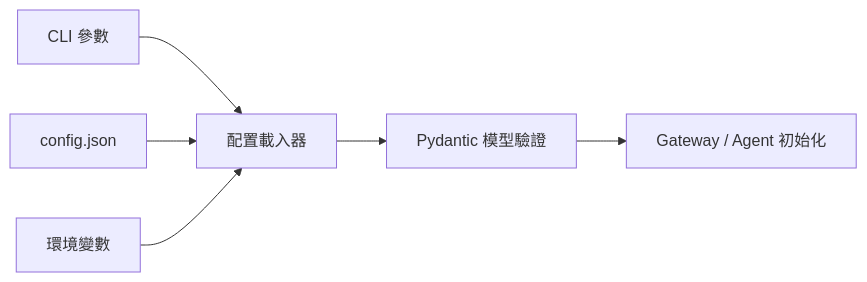
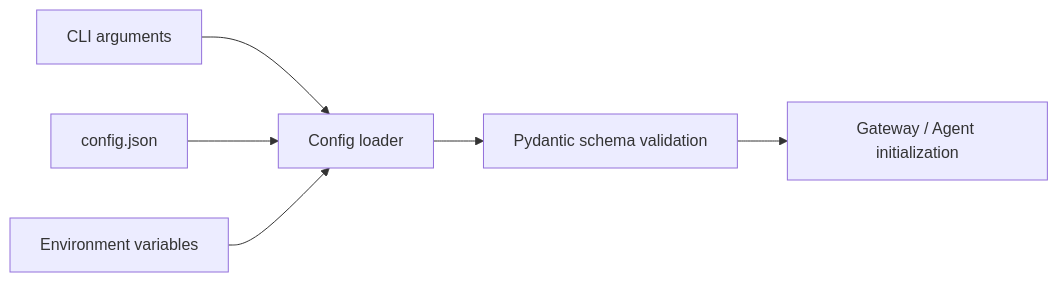
The third of 3 diagrams in docs/development/architecture.md (HKUDS/nanobot), drawn with Mermaid before and after one commit. The commit also changed other lines of this file and 160 other files, not shown here.

````diff
--- a/docs/development/architecture.md
+++ b/docs/development/architecture.md
@@ -275,8 +275,8 @@
 ```mermaid
 flowchart LR
-    CLI[CLI 參數] --> LOAD
+    CLI[CLI arguments] --> LOAD
     FILE[config.json] --> LOAD
-    ENV[環境變數] --> LOAD
-    LOAD[配置載入器] --> SCHEMA[Pydantic 模型驗證]
-    SCHEMA --> GATEWAY[Gateway / Agent 初始化]
+    ENV[Environment variables] --> LOAD
+    LOAD[Config loader] --> SCHEMA[Pydantic schema validation]
+    SCHEMA --> GATEWAY[Gateway / Agent initialization]
 ```
````
